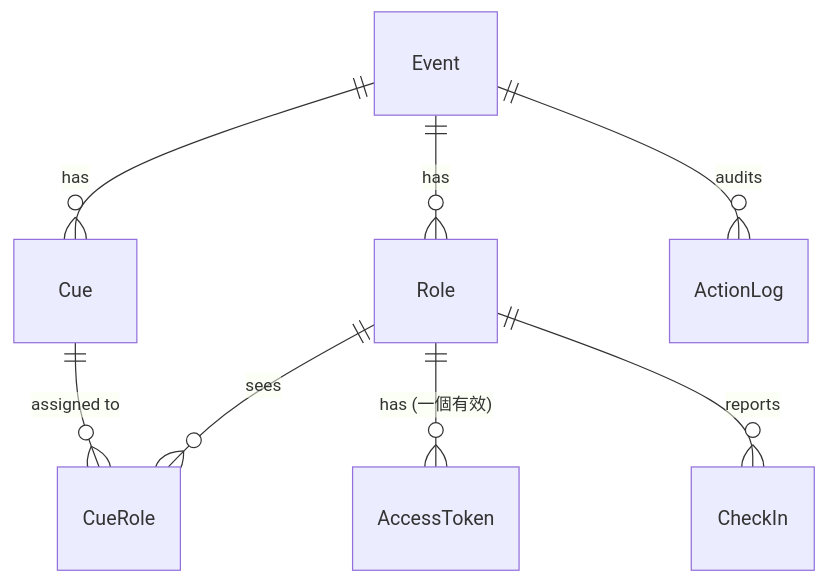
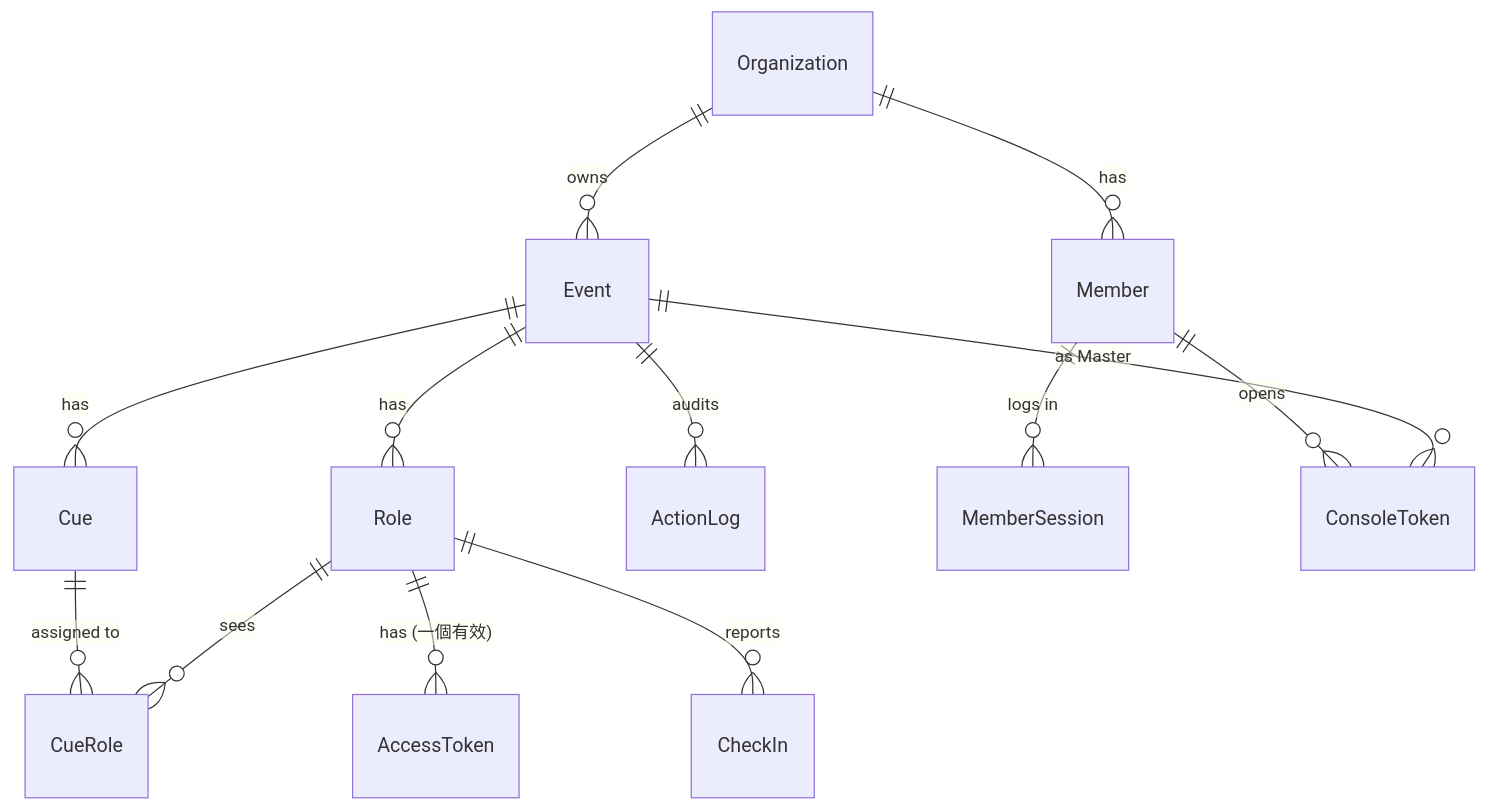
The first of 5 diagrams in docs/design/data-model.md (BensonPigo/bethere), drawn with Mermaid before and after one commit. The commit also changed other lines of this file and 9 other files, not shown here.

````diff
--- a/docs/design/data-model.md
+++ b/docs/design/data-model.md
@@ -18,10 +18,15 @@
 ```mermaid
 erDiagram
     Event ||--o{ Cue : has
     Event ||--o{ Role : has
     Role ||--o{ AccessToken : "has (一個有效)"
     Cue ||--o{ CueRole : "assigned to"
     Role ||--o{ CueRole : "sees"
     Role ||--o{ CheckIn : "reports"
     Event ||--o{ ActionLog : audits
+    Organization ||--o{ Event : owns
+    Organization ||--o{ Member : has
+    Member ||--o{ MemberSession : "logs in"
+    Member ||--o{ ConsoleToken : opens
+    Event ||--o{ ConsoleToken : "as Master"
 ```
````
